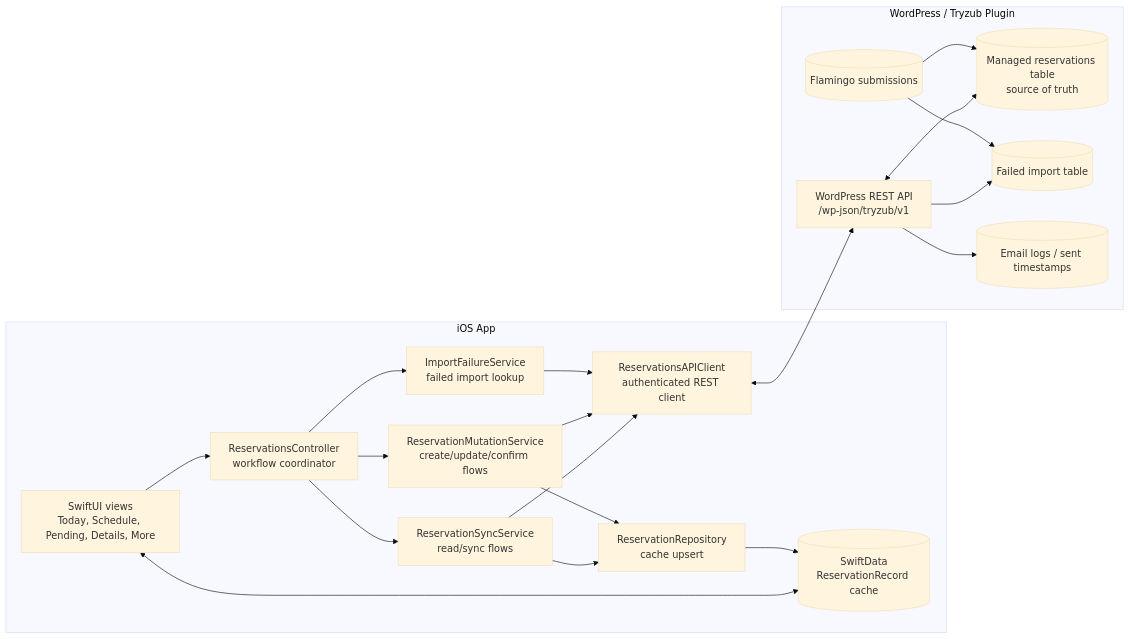
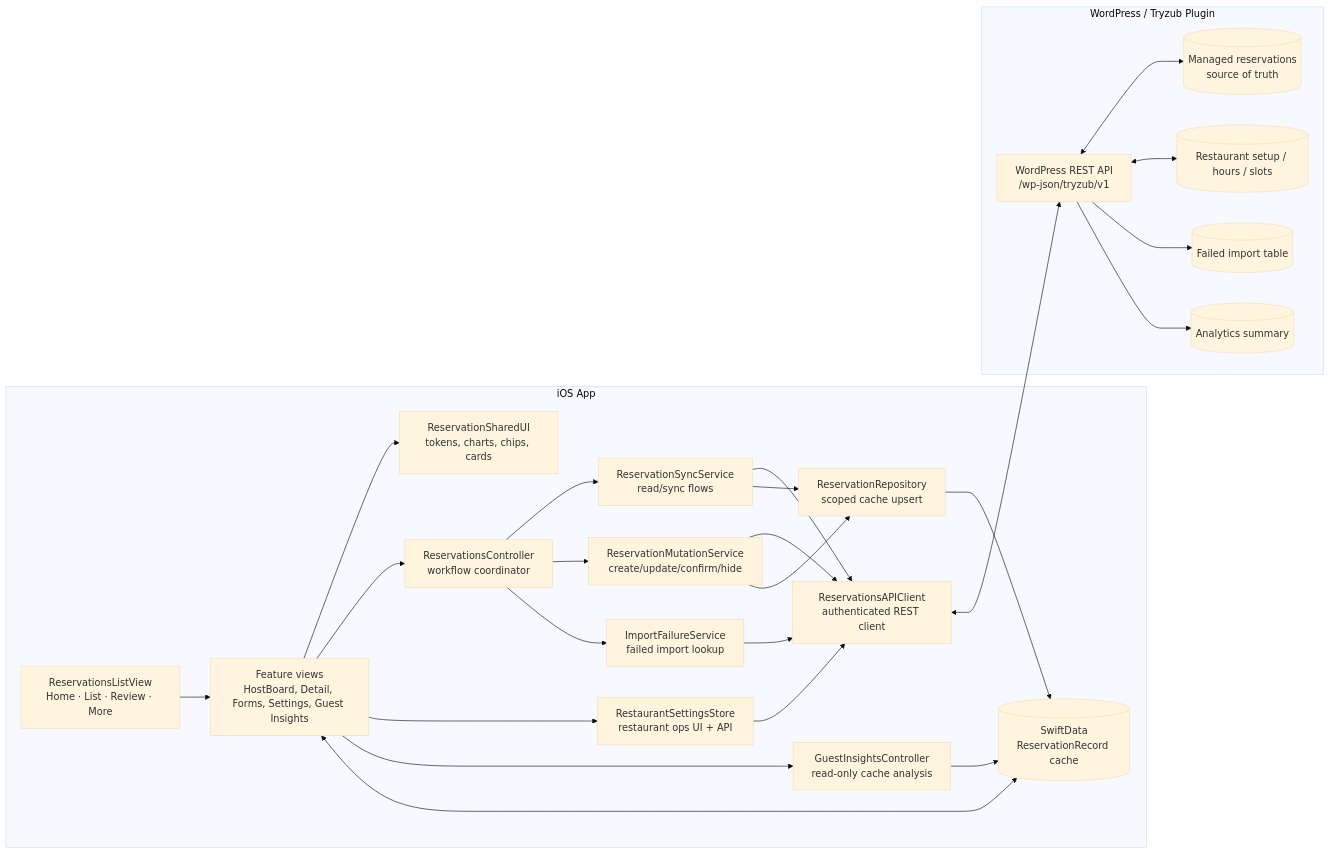
One commit to bohdan462/Reservation-iOS-App changed the first of 8 diagrams in ARCHITECTURE_DIAGRAMS.md. Above: the diagram before and after it, drawn with Mermaid (base theme). The commit also changed other lines of this file and 3 other files, not shown here.

````diff
--- a/ARCHITECTURE_DIAGRAMS.md
+++ b/ARCHITECTURE_DIAGRAMS.md
@@ -7,39 +11,48 @@
 ```mermaid
 flowchart LR
     subgraph IOS["iOS App"]
-        Views["SwiftUI views<br/>Today, Schedule, Pending, Details, More"]
+        Shell["ReservationsListView<br/>Home · List · Review · More"]
+        Views["Feature views<br/>HostBoard, Detail, Forms, Settings, Guest Insights"]
+        SharedUI["ReservationSharedUI<br/>tokens, charts, chips, cards"]
         Controller["ReservationsController<br/>workflow coordinator"]
+        SettingsStore["RestaurantSettingsStore<br/>restaurant ops UI + API"]
         Sync["ReservationSyncService<br/>read/sync flows"]
-        Mutation["ReservationMutationService<br/>create/update/confirm flows"]
+        Mutation["ReservationMutationService<br/>create/update/confirm/hide"]
         Failures["ImportFailureService<br/>failed import lookup"]
+        GuestCtrl["GuestInsightsController<br/>read-only cache analysis"]
         APIClient["ReservationsAPIClient<br/>authenticated REST client"]
-        Repo["ReservationRepository<br/>cache upsert"]
+        Repo["ReservationRepository<br/>scoped cache upsert"]
         Cache[("SwiftData<br/>ReservationRecord cache")]
     end
 
     subgraph WP["WordPress / Tryzub Plugin"]
         REST["WordPress REST API<br/>/wp-json/tryzub/v1"]
-        Managed[("Managed reservations table<br/>source of truth")]
+        Managed[("Managed reservations<br/>source of truth")]
+        Setup[("Restaurant setup / hours / slots")]
         Failed[("Failed import table")]
-        EmailLogs[("Email logs / sent timestamps")]
-        Flamingo[("Flamingo submissions")]
+        Analytics[("Analytics summary")]
     end
 
+    Shell --> Views
+    Views --> SharedUI
     Views --> Controller
+    Views --> SettingsStore
+    Views --> GuestCtrl
     Views <--> Cache
     Controller --> Sync
     Controller --> Mutation
     Controller --> Failures
+    SettingsStore --> APIClient
     Sync --> APIClient
     Mutation --> APIClient
     Failures --> APIClient
     Sync --> Repo
     Mutation --> Repo
+    GuestCtrl --> Cache
     Repo --> Cache
     APIClient <--> REST
     REST <--> Managed
+    REST <--> Setup
     REST --> Failed
-    REST --> EmailLogs
-    Flamingo --> Managed
-    Flamingo --> Failed
+    REST --> Analytics
 ```
````
